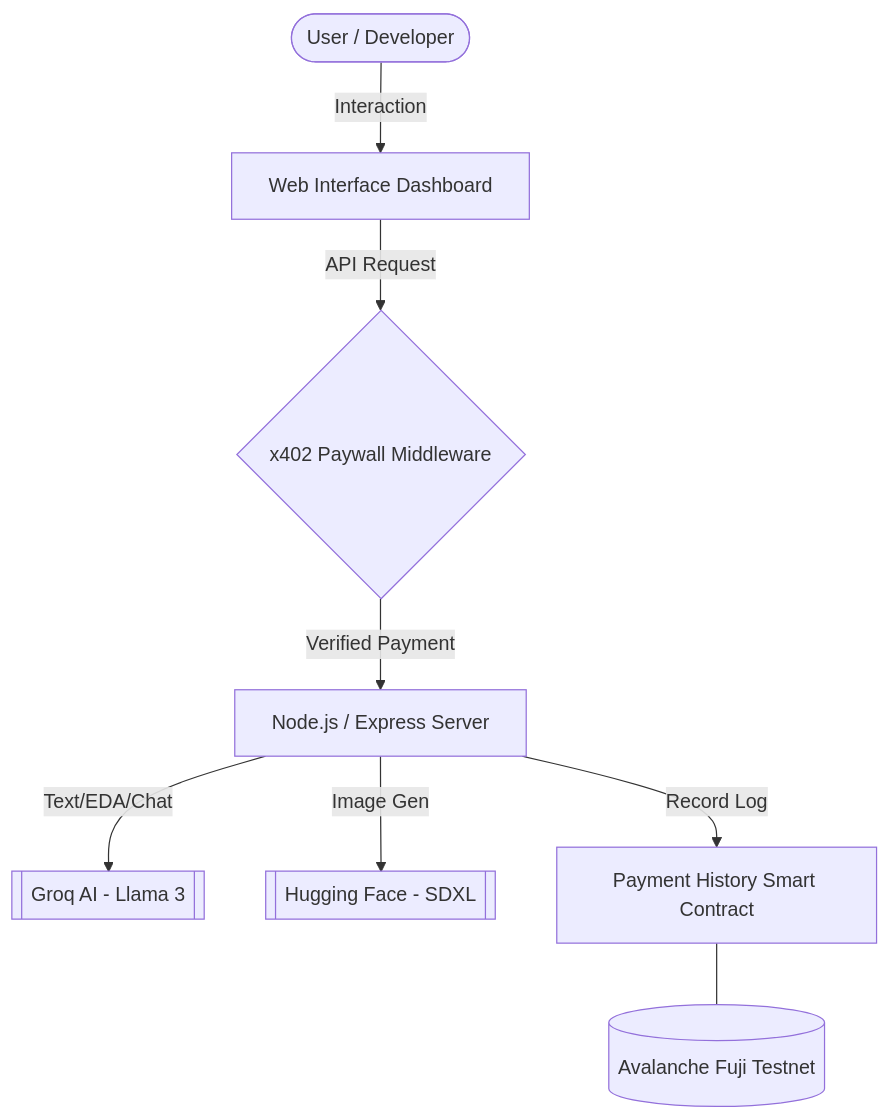
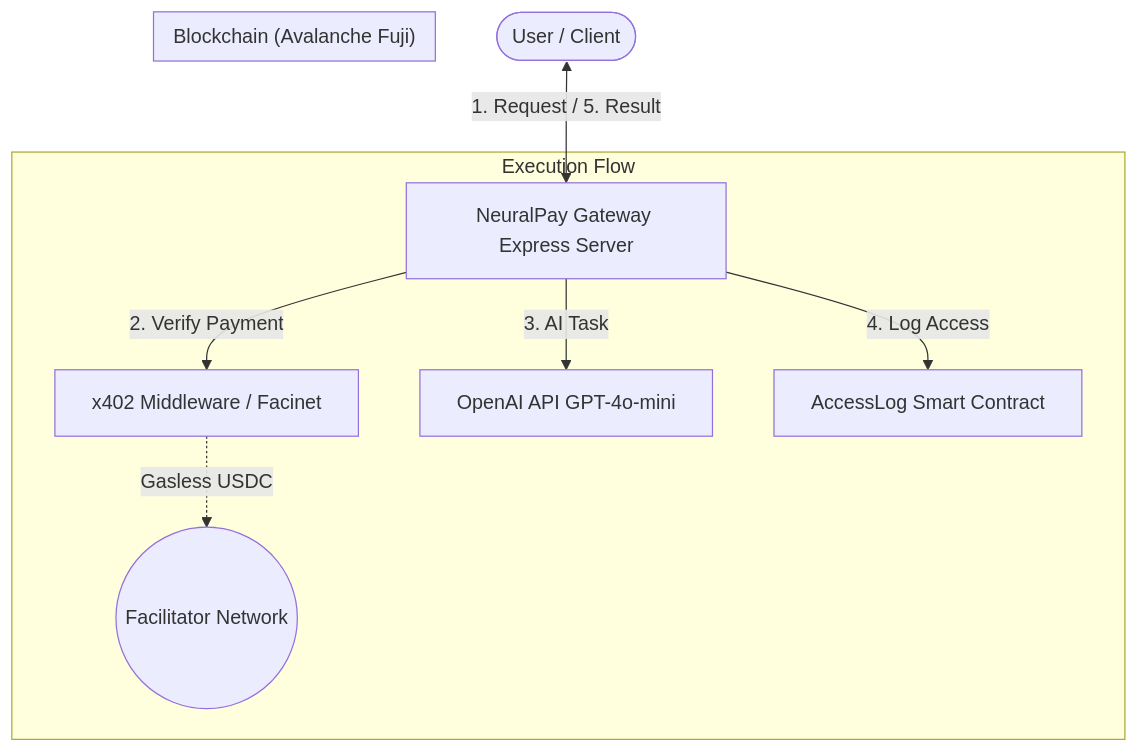
One commit to sohansarkar07/MMM changed the diagram in README.md. Above: the diagram before and after it, drawn with Mermaid. The commit also changed other lines of this file, not shown here.

````diff
--- a/README.md
+++ b/README.md
@@ -7,19 +97,15 @@
 ```mermaid
 graph TD
-    User([User / Developer])
-    Frontend[Web Interface Dashboard]
-    Paywall{x402 Paywall Middleware}
-    Backend[Node.js / Express Server]
-    Blockchain[(Avalanche Fuji Testnet)]
-    Groq[[Groq AI - Llama 3]]
-    HF[[Hugging Face - SDXL]]
-    Contracts[Payment History Smart Contract]
-
-    User -->|Interaction| Frontend
-    Frontend -->|API Request| Paywall
-    Paywall -->|Verified Payment| Backend
-    Backend -->|Text/EDA/Chat| Groq
-    Backend -->|Image Gen| HF
-    Backend -->|Record Log| Contracts
-    Contracts --- Blockchain
+    User([User / Client]) <-->|1. Request / 5. Result| Gateway[NeuralPay Gateway Express Server]
+    
+    subgraph "Execution Flow"
+        Gateway -->|2. Verify Payment| x402[x402 Middleware / Facinet]
+        x402 -.->|Gasless USDC| OnChainPay((Facilitator Network))
+        Gateway -->|3. AI Task| OpenAI[OpenAI API GPT-4o-mini]
+        Gateway -->|4. Log Access| Contract[AccessLog Smart Contract]
+    end
+    
+    subgraph "Blockchain (Avalanche Fuji)"
+        Contract
+    end
 ```
````
